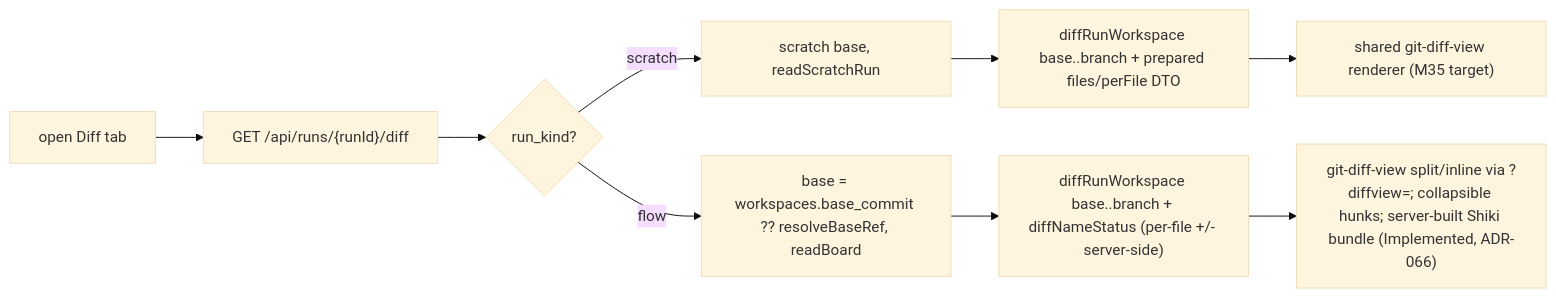
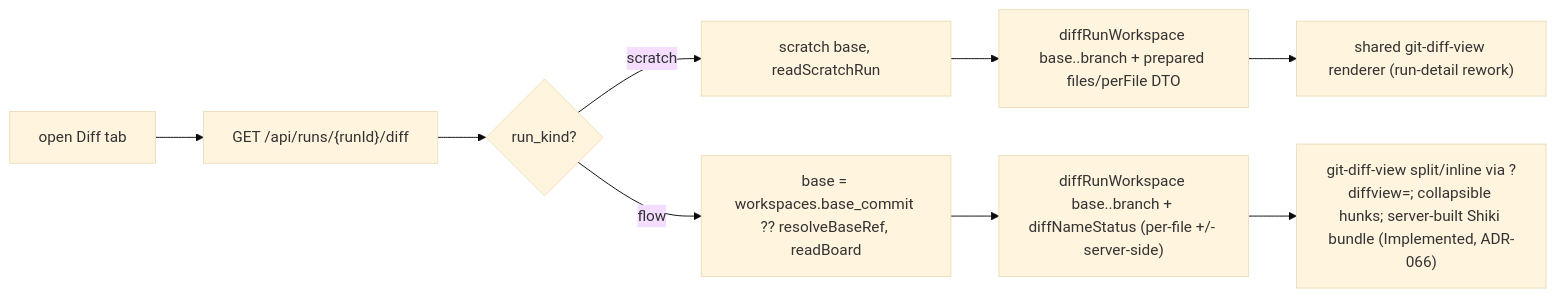
One commit to maister-dev/maister changed the fifth of 6 diagrams in docs/system-analytics/workbench.md. Above: the diagram before and after it, drawn with Mermaid (base theme). The commit also changed other lines of this file and 89 other files, not shown here.

````diff
--- a/docs/system-analytics/workbench.md
+++ b/docs/system-analytics/workbench.md
@@ -187,11 +187,11 @@
 ```mermaid
 flowchart LR
     OpenD["open Diff tab"] --> Diff["GET /api/runs/{runId}/diff"]
     Diff --> Kind{"run_kind?"}
     Kind -- scratch --> SB["scratch base, readScratchRun"]
     Kind -- flow --> FB["base = workspaces.base_commit ?? resolveBaseRef, readBoard"]
     SB --> SRange["diffRunWorkspace base..branch + prepared files/perFile DTO"]
     FB --> FRange["diffRunWorkspace base..branch + diffNameStatus (per-file +/- server-side)"]
-    SRange --> SDV["shared git-diff-view renderer (M35 target)"]
+    SRange --> SDV["shared git-diff-view renderer (run-detail rework)"]
     FRange --> DV["git-diff-view split/inline via ?diffview=; collapsible hunks; server-built Shiki bundle (Implemented, ADR-066)"]
 ```
````
